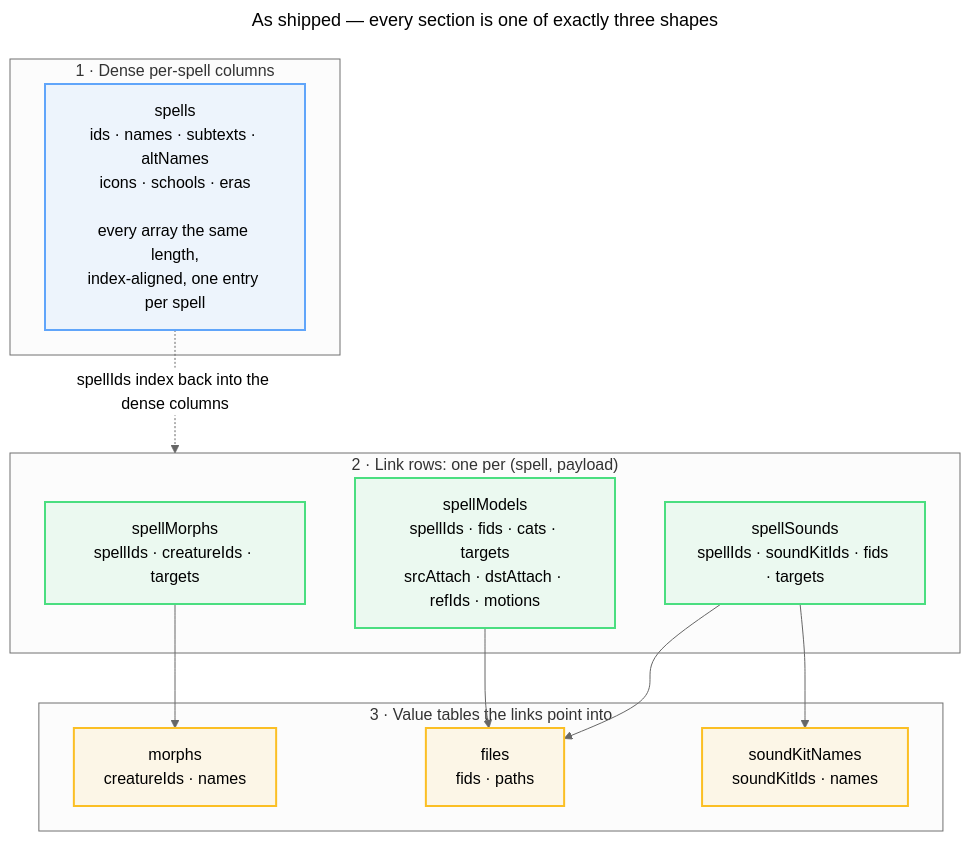
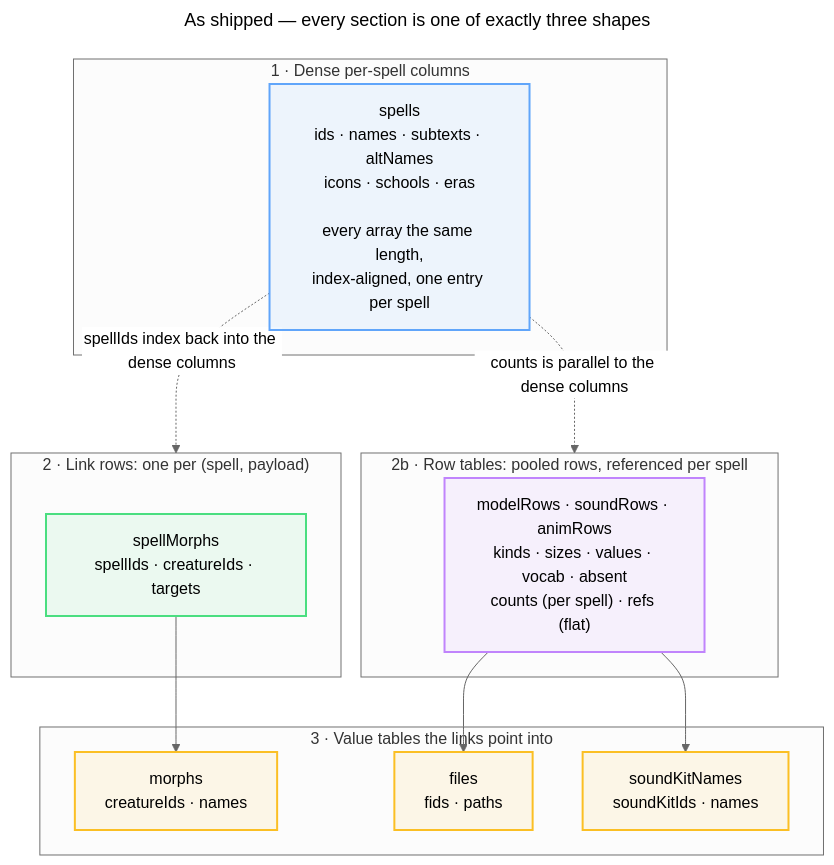
The sixth of 11 diagrams in docs/DATA_ROUTES.md (Natans8/Epsilook), drawn with Mermaid (neutral theme) before and after one commit. The commit also changed other lines of this file and 53 other files, not shown here.

````diff
--- a/docs/DATA_ROUTES.md
+++ b/docs/DATA_ROUTES.md
@@ -424,38 +424,41 @@
 ```mermaid
 ---
 title: As shipped — every section is one of exactly three shapes
 ---
 flowchart TD
     accTitle: The pack's three section shapes
     accDescr {
       Dense per-spell columns are indexed by spell. Link rows carry one row per spell and
       payload, keyed back to the dense columns. Value tables hold a name or path once and are
       pointed into by the link rows.
     }
 
     subgraph A["1 · Dense per-spell columns"]
         A1["spells<br/>ids · names · subtexts · altNames<br/>icons · schools · eras<br/><br/>every array the same length,<br/>index-aligned, one entry per spell"]
     end
     subgraph B["2 · Link rows: one per (spell, payload)"]
         B1["spellMorphs<br/>spellIds · creatureIds · targets"]
-        B2["spellModels<br/>spellIds · fids · cats · targets<br/>srcAttach · dstAttach · refIds · motions"]
-        B3["spellSounds<br/>spellIds · soundKitIds · fids · targets"]
+    end
+    subgraph R["2b · Row tables: pooled rows, referenced per spell"]
+        R1["modelRows · soundRows · animRows<br/>kinds · sizes · values · vocab · absent<br/>counts (per spell) · refs (flat)"]
     end
     subgraph C["3 · Value tables the links point into"]
         C1["morphs<br/>creatureIds · names"]
         C2["files<br/>fids · paths"]
         C3["soundKitNames<br/>soundKitIds · names"]
     end
     A1 -. "spellIds index back into the dense columns" .-> B
+    A1 -. "counts is parallel to the dense columns" .-> R
     B1 --> C1
-    B2 --> C2
-    B3 --> C2
-    B3 --> C3
+    R1 --> C2
+    R1 --> C3
 
     classDef dense fill:#60a5fa18,stroke:#60a5fa,stroke-width:2px
     classDef link fill:#4ade8018,stroke:#4ade80,stroke-width:2px
     classDef value fill:#fbbf2418,stroke:#fbbf24,stroke-width:2px
+    classDef row fill:#c084fc18,stroke:#c084fc,stroke-width:2px
     class A1 dense
-    class B1,B2,B3 link
+    class B1 link
+    class R1 row
     class C1,C2,C3 value
 ```
````
